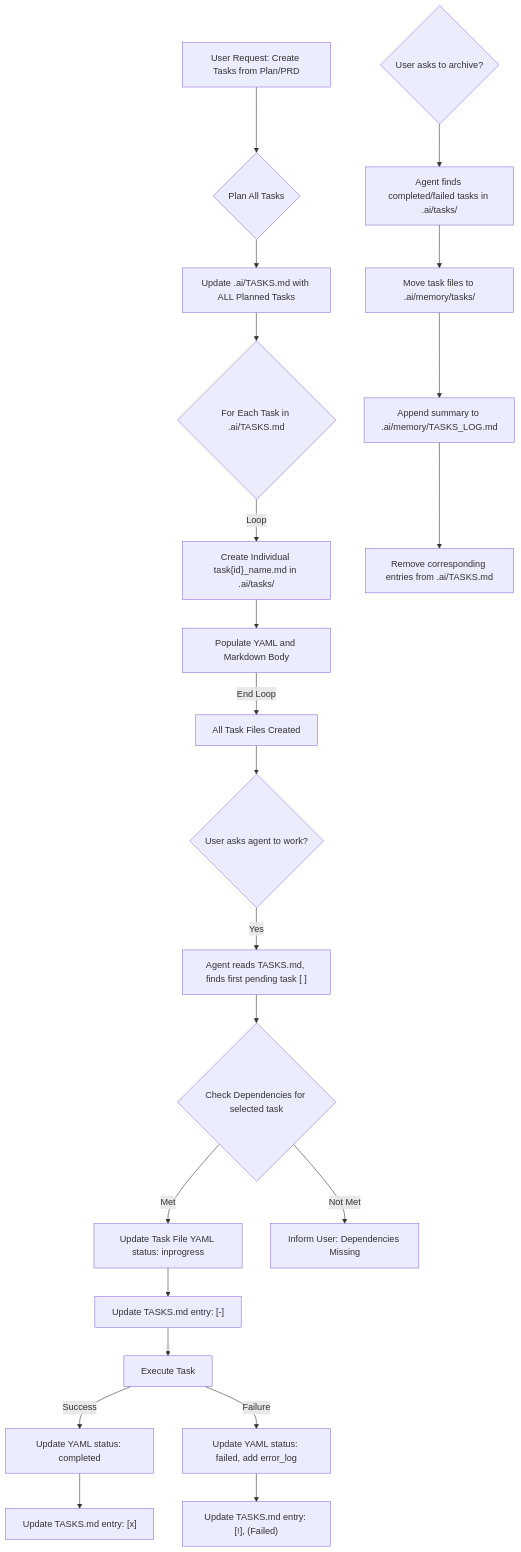
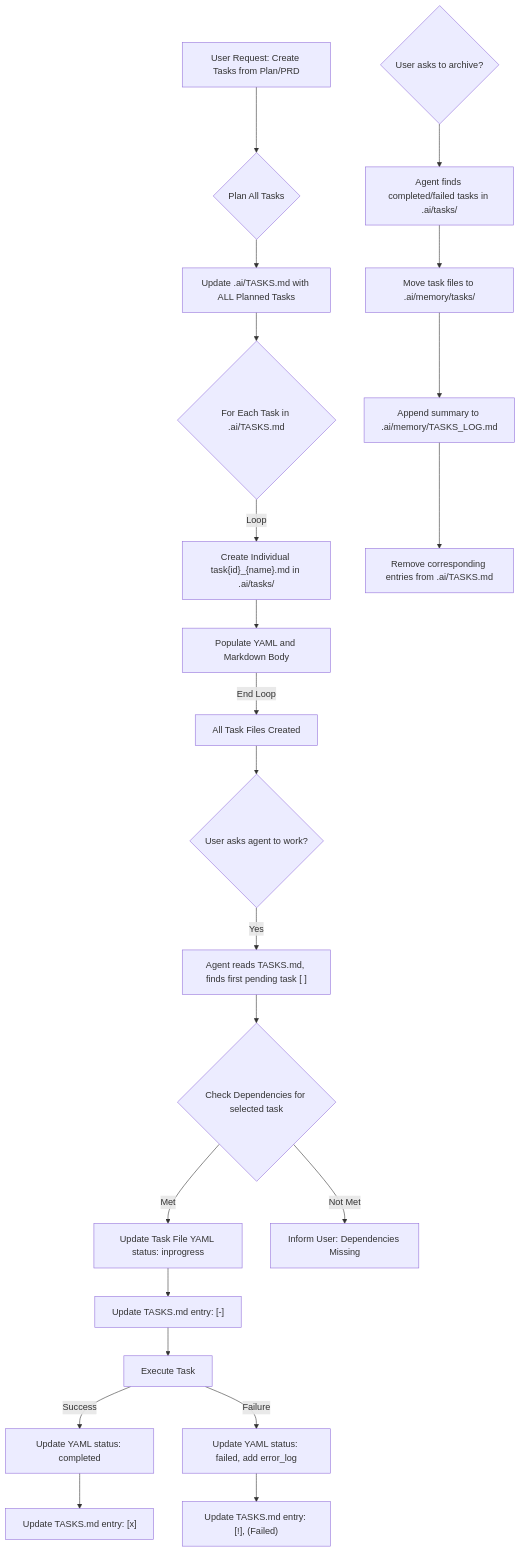
The diagram in .vscode/rules/.task-magic/tasks.md (teratron/magic-vibe), drawn with Mermaid before and after one commit. The commit also changed other lines of this file and 5 other files, not shown here.

Commit message:
docs: update task filename conventions and enhance memory directory structure

````diff
--- a/.vscode/rules/.task-magic/tasks.md
+++ b/.vscode/rules/.task-magic/tasks.md
@@ -283,24 +284,24 @@
 ```mermaid
 graph TD
   A[User Request: Create Tasks from Plan/PRD] --> B{Plan All Tasks};
   B --> C[Update .ai/TASKS.md with ALL Planned Tasks];
   C --> D{For Each Task in .ai/TASKS.md};
-  D -- Loop --> E["Create Individual task{id}_name.md in .ai/tasks/"];
+  D -- Loop --> E["Create Individual task{id}_{name}.md in .ai/tasks/"];
   E --> F[Populate YAML and Markdown Body];
   F -- End Loop --> G[All Task Files Created];
   G --> H{User asks agent to work?};
   H -- Yes --> I["Agent reads TASKS.md, finds first pending task [ ]"];
   I --> J{Check Dependencies for selected task};
   J -- Met --> K[Update Task File YAML status: inprogress];
   K --> L["Update TASKS.md entry: [-]"];
   L --> M[Execute Task];
   M -- Success --> N[Update YAML status: completed];
   N --> O["Update TASKS.md entry: [x]"];
   M -- Failure --> P[Update YAML status: failed, add error_log];
   P --> Q["Update TASKS.md entry: [!], (Failed)"];
   J -- Not Met --> R[Inform User: Dependencies Missing];
-  S{User asks to archive?} --> T[Agent finds completed/failed tasks in .ai/tasks/];
-  T --> U[Move task files to .ai/memory/tasks/];
+  S{User asks to archive?} --> T["Agent finds completed/failed tasks in .ai/tasks/"];
+  T --> U["Move task files to .ai/memory/tasks/"];
   U --> V[Append summary to .ai/memory/TASKS_LOG.md];
   V --> W[Remove corresponding entries from .ai/TASKS.md];
 ```
````
